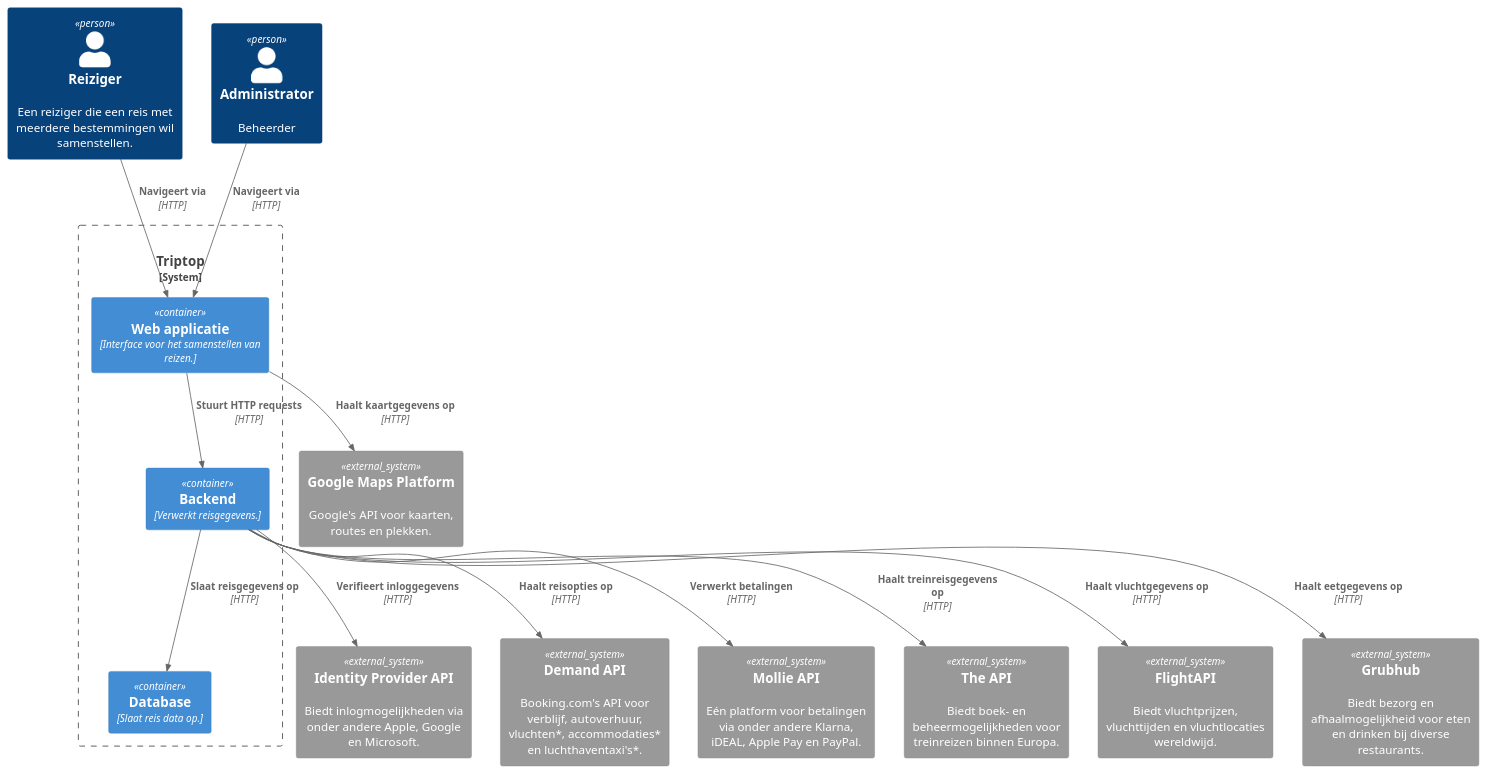
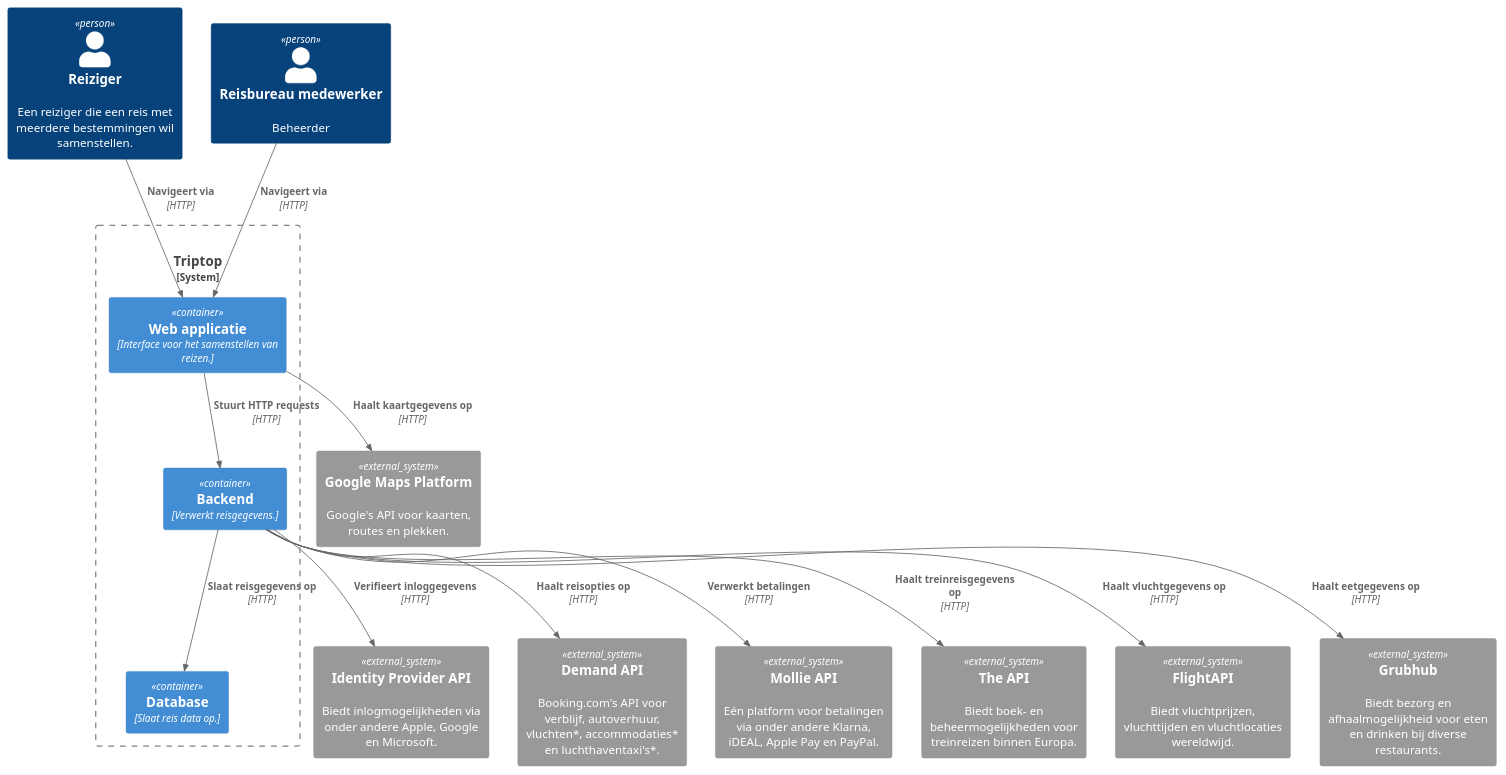
The diagram in ContainerDiagramTriptop.puml (AIM-ENE-feb25/triptop-groep-b2), drawn with PlantUML before and after one commit.

Commit message:
naming update

```diff
--- a/ContainerDiagramTriptop.puml
+++ b/ContainerDiagramTriptop.puml
@@ -1,38 +1,38 @@
 @startuml C4_Elements
 !include https://raw.githubusercontent.com/plantuml-stdlib/C4-PlantUML/master/C4_Container.puml
 top to bottom direction
 
 Person(traveller, "Reiziger", "Een reiziger die een reis met meerdere bestemmingen wil samenstellen.")
-Person(admin, "Administrator", "Beheerder")
+Person(admin, "Reisbureau medewerker", "Beheerder")
 
 System_Boundary(Triptop, "Triptop", "Systeem voor het samenstellen van reizen."){
 
 Container(WebApp, "Web applicatie", "Interface voor het samenstellen van reizen.")
 Container(Backend, "Backend", "Verwerkt reisgegevens.")
 Container(Database, "Database", "Slaat reis data op.")
 
 }
 
 System_Ext(identity_provider_api, "Identity Provider API", "Biedt inlogmogelijkheden via onder andere Apple, Google en Microsoft.", $link="https://developer.okta.com/docs/api/openapi/okta-management/management/tag/IdentityProvider/")
 System_Ext(demand_api, "Demand API", "Booking.com's API voor verblijf, autoverhuur, vluchten*, accommodaties* en luchthaventaxi's*.", $link="https://developers.booking.com/demand/docs/open-api/demand-api")
 System_Ext(mollie_api, "Mollie API", "Eén platform voor betalingen via onder andere Klarna, iDEAL, Apple Pay en PayPal.", $link="https://www.mollie.com/nl/")
 System_Ext(google_maps_api, "Google Maps Platform", "Google's API voor kaarten, routes en plekken.", $link="https://developers.google.com/maps")
 System_Ext(all_aboard_api, "The API", "Biedt boek- en beheermogelijkheden voor treinreizen binnen Europa.", $link="https://allaboard.eu/api-solution")
 System_Ext(flight_api, "FlightAPI", "Biedt vluchtprijzen, vluchttijden en vluchtlocaties wereldwijd.", $link="https://www.flightapi.io/")
 System_Ext(grubhub_api, "Grubhub", "Biedt bezorg en afhaalmogelijkheid voor eten en drinken bij diverse restaurants.", $link="https://www.grubhub.com/")
 
 Rel(traveller, WebApp, "Navigeert via", "HTTP")
 Rel(admin, WebApp, "Navigeert via", "HTTP")
 
 Rel(WebApp, Backend, "Stuurt HTTP requests", "HTTP")
 Rel(WebApp, google_maps_api, "Haalt kaartgegevens op", "HTTP")
 
 Rel(Backend, Database, "Slaat reisgegevens op", "HTTP")
 Rel(Backend, identity_provider_api, "Verifieert inloggegevens", "HTTP")
 Rel(Backend, demand_api, "Haalt reisopties op", "HTTP")
 Rel(Backend, mollie_api, "Verwerkt betalingen", "HTTP")
 Rel(Backend, all_aboard_api, "Haalt treinreisgegevens op", "HTTP")
 Rel(Backend, flight_api, "Haalt vluchtgegevens op", "HTTP")
 Rel(Backend, grubhub_api, "Haalt eetgegevens op", "HTTP")
 
 @enduml
```
